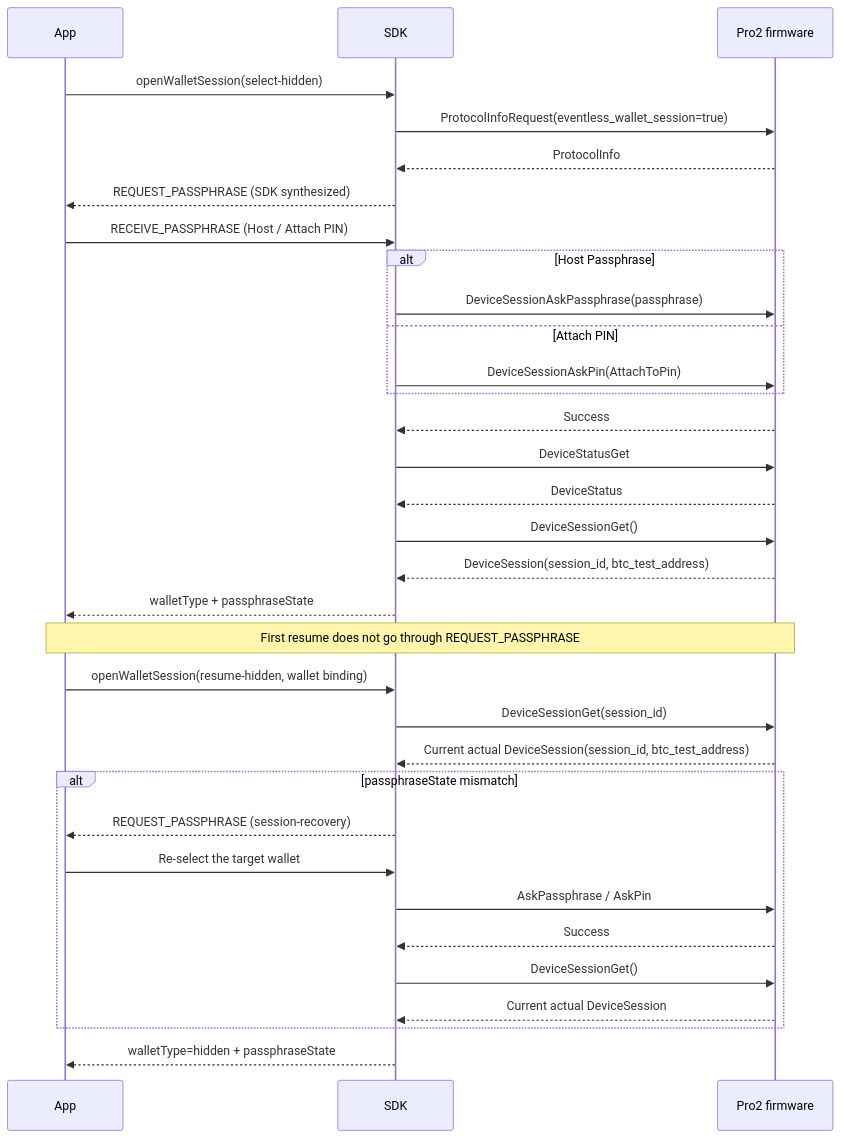
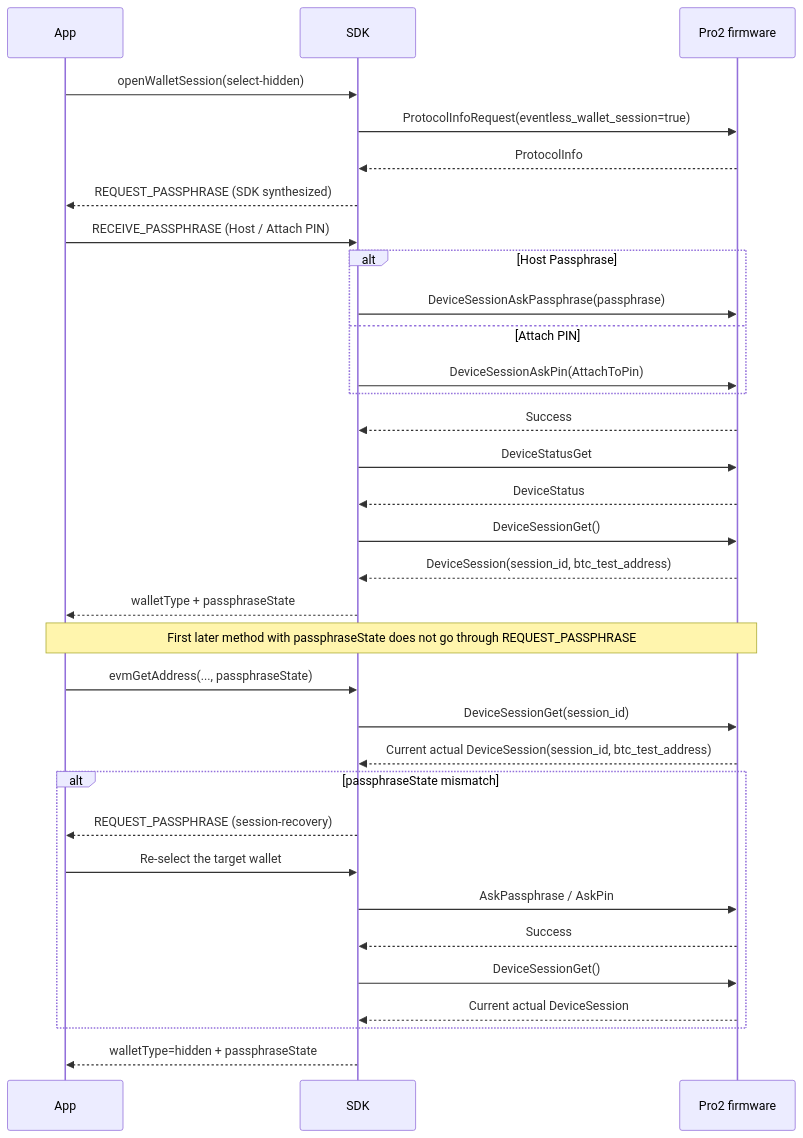
One commit to OneKeyHQ/hardware-js-sdk changed the second of 2 diagrams in docs/sdk/pro2-eventless-migration.md. Above: the diagram before and after it, drawn with Mermaid. The commit also changed other lines of this file and 314 other files, not shown here.

````diff
--- a/docs/sdk/pro2-eventless-migration.md
+++ b/docs/sdk/pro2-eventless-migration.md
@@ -150,37 +150,37 @@
 ```mermaid
 sequenceDiagram
   participant App
   participant SDK
   participant FW as Pro2 firmware
 
   App->>SDK: openWalletSession(select-hidden)
   SDK->>FW: ProtocolInfoRequest(eventless_wallet_session=true)
   FW-->>SDK: ProtocolInfo
   SDK-->>App: REQUEST_PASSPHRASE (SDK synthesized)
   App->>SDK: RECEIVE_PASSPHRASE (Host / Attach PIN)
   alt Host Passphrase
     SDK->>FW: DeviceSessionAskPassphrase(passphrase)
   else Attach PIN
     SDK->>FW: DeviceSessionAskPin(AttachToPin)
   end
   FW-->>SDK: Success
   SDK->>FW: DeviceStatusGet
   FW-->>SDK: DeviceStatus
   SDK->>FW: DeviceSessionGet()
   FW-->>SDK: DeviceSession(session_id, btc_test_address)
   SDK-->>App: walletType + passphraseState
 
-  Note over App,FW: First resume does not go through REQUEST_PASSPHRASE
-  App->>SDK: openWalletSession(resume-hidden, wallet binding)
+  Note over App,FW: First later method with passphraseState does not go through REQUEST_PASSPHRASE
+  App->>SDK: evmGetAddress(..., passphraseState)
   SDK->>FW: DeviceSessionGet(session_id)
   FW-->>SDK: Current actual DeviceSession(session_id, btc_test_address)
   alt passphraseState mismatch
     SDK-->>App: REQUEST_PASSPHRASE (session-recovery)
     App->>SDK: Re-select the target wallet
     SDK->>FW: AskPassphrase / AskPin
     FW-->>SDK: Success
     SDK->>FW: DeviceSessionGet()
     FW-->>SDK: Current actual DeviceSession
   end
   SDK-->>App: walletType=hidden + passphraseState
 ```
````
